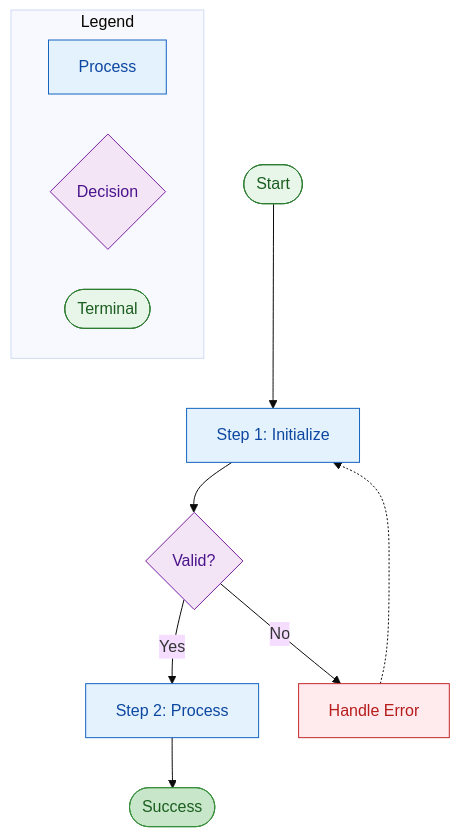
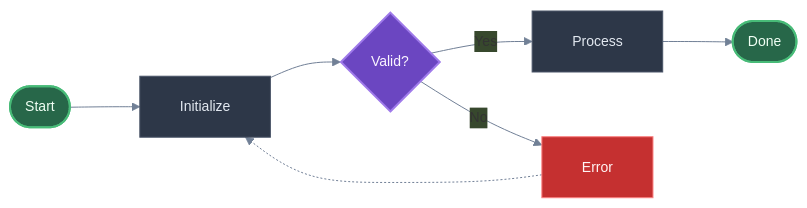
One commit to nicsuzor/academicOps changed the ninth of 11 diagrams in skills/flowchart/SKILL.md. Above: the diagram before and after it, drawn with Mermaid. The commit also changed other lines of this file, not shown here.

First line of the commit message:
feat(flowchart): Improve layout and visual design guidance

````diff
--- a/skills/flowchart/SKILL.md
+++ b/skills/flowchart/SKILL.md
@@ -231,32 +321,27 @@
 ```mermaid
 %%{init: {
   'theme': 'base',
-  'flowchart': { 'nodeSpacing': 40, 'rankSpacing': 50 }
+  'themeVariables': {
+    'primaryColor': '#2d3748',
+    'lineColor': '#718096',
+    'fontSize': '14px'
+  },
+  'flowchart': { 'nodeSpacing': 60, 'rankSpacing': 70, 'padding': 20 }
 }}%%
-flowchart TD
-    classDef start fill:#e8f5e9,stroke:#2e7d32,color:#1b5e20
-    classDef process fill:#e3f2fd,stroke:#1565c0,color:#0d47a1
-    classDef decision fill:#f3e5f5,stroke:#7b1fa2,color:#4a148c
-    classDef success fill:#c8e6c9,stroke:#388e3c,color:#1b5e20
-    classDef error fill:#ffebee,stroke:#c62828,color:#b71c1c
+flowchart LR
+    classDef default fill:#2d3748,stroke:#4a5568,color:#e2e8f0
+    classDef start fill:#276749,stroke:#48bb78,color:#f0fff4,stroke-width:2px
+    classDef decision fill:#6b46c1,stroke:#9f7aea,color:#faf5ff,stroke-width:2px
+    classDef error fill:#c53030,stroke:#fc8181,color:#fff5f5
 
     START([Start]):::start
-    STEP1[Step 1: Initialize]:::process
+    INIT[Initialize]
     CHECK{Valid?}:::decision
-    STEP2[Step 2: Process]:::process
-    SUCCESS([Success]):::success
-    ERROR[Handle Error]:::error
+    PROCESS[Process]
+    DONE([Done]):::start
+    ERR[Error]:::error
 
-    START --> STEP1
-    STEP1 --> CHECK
-    CHECK -->|Yes| STEP2
-    CHECK -->|No| ERROR
-    STEP2 --> SUCCESS
-    ERROR -.-> STEP1
-
-    subgraph LEGEND["Legend"]
-        L1[Process]:::process
-        L2{Decision}:::decision
-        L3([Terminal]):::start
-    end
+    START --> INIT --> CHECK
+    CHECK -->|Yes| PROCESS --> DONE
+    CHECK -->|No| ERR -.-> INIT
 ```
````
